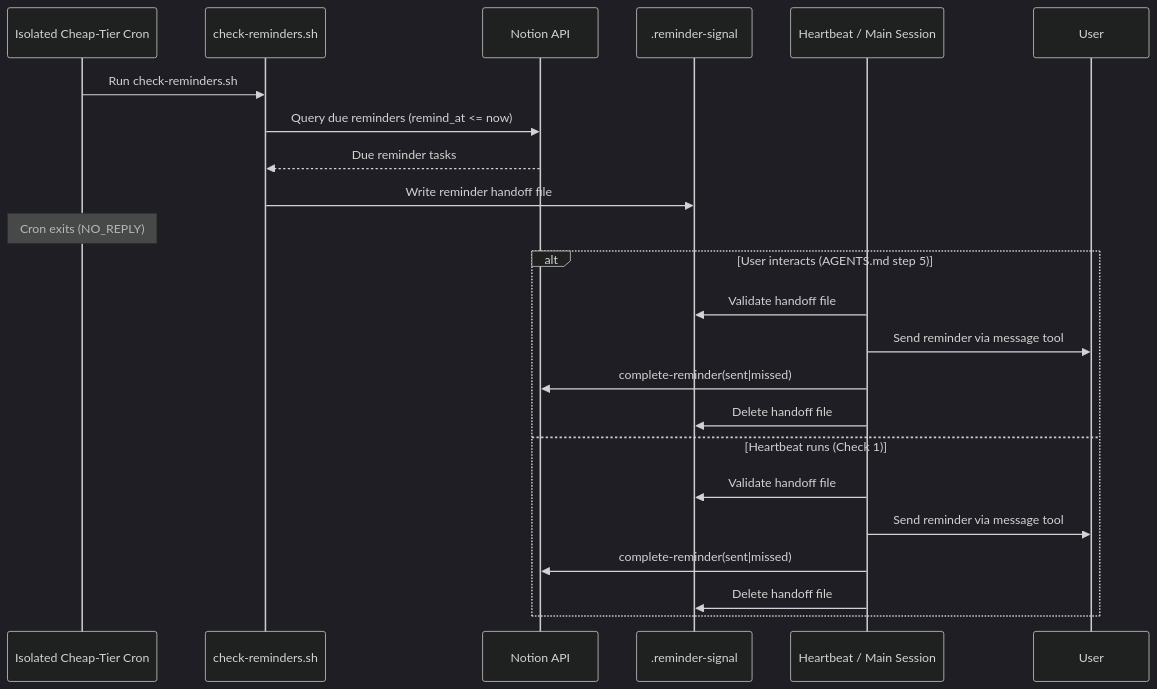
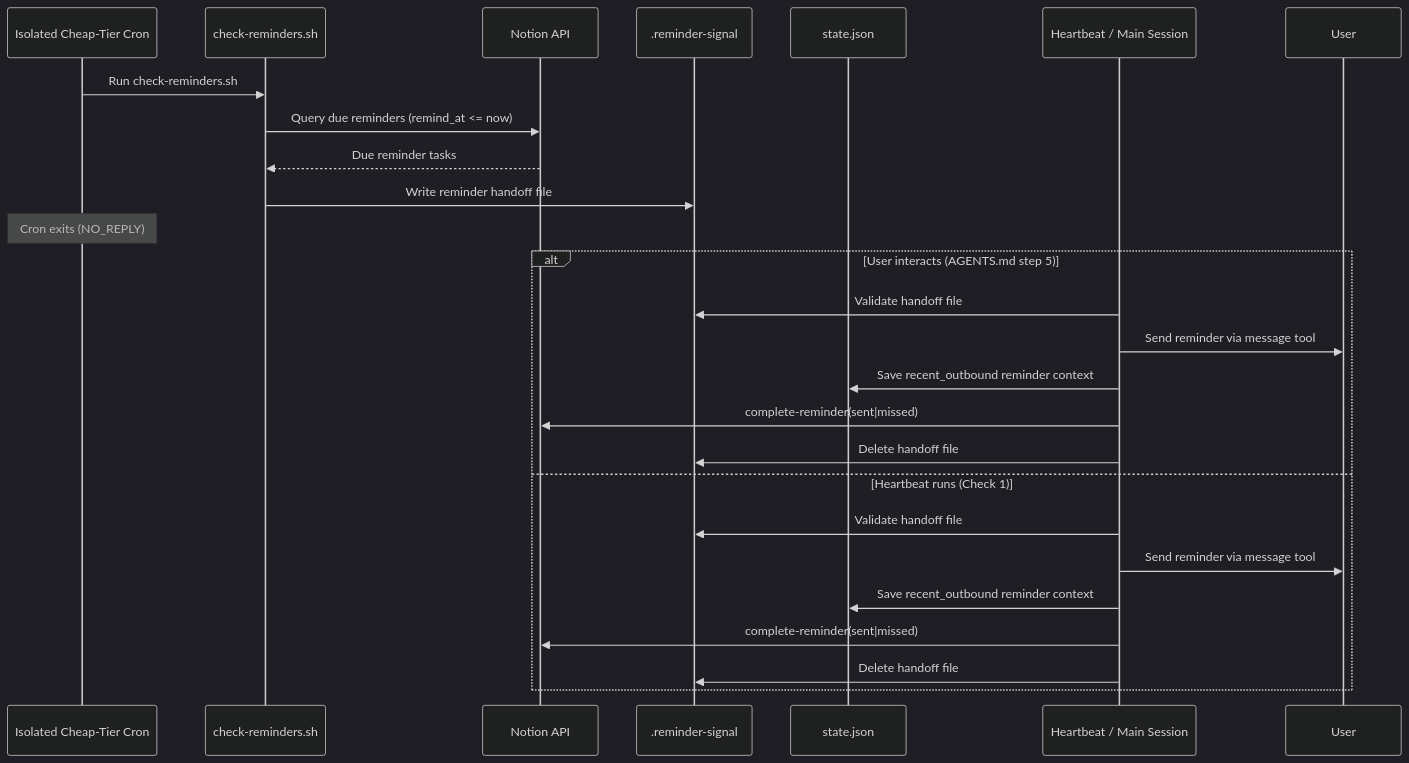
Diagram 22 of 28 in docs/user-interactions.md (NickBorgersProbably/hide-my-list), drawn with Mermaid (dark theme) before and after one commit. The commit also changed other lines of this file and 7 other files, not shown here.

Commit message:
Persist recent outbound reminder context across sessions

````diff
--- a/docs/user-interactions.md
+++ b/docs/user-interactions.md
@@ -745,26 +745,29 @@
 ```mermaid
 sequenceDiagram
     participant Cron as Isolated Cheap-Tier Cron
     participant Scr as check-reminders.sh
     participant Notion as Notion API
     participant Signal as .reminder-signal
+    participant State as state.json
     participant Delivery as Heartbeat / Main Session
     participant User
 
     Cron->>Scr: Run check-reminders.sh
     Scr->>Notion: Query due reminders (remind_at <= now)
     Notion-->>Scr: Due reminder tasks
     Scr->>Signal: Write reminder handoff file
     Note over Cron: Cron exits (NO_REPLY)
     alt User interacts (AGENTS.md step 5)
         Delivery->>Signal: Validate handoff file
         Delivery->>User: Send reminder via message tool
+        Delivery->>State: Save recent_outbound reminder context
         Delivery->>Notion: complete-reminder(sent|missed)
         Delivery->>Signal: Delete handoff file
     else Heartbeat runs (Check 1)
         Delivery->>Signal: Validate handoff file
         Delivery->>User: Send reminder via message tool
+        Delivery->>State: Save recent_outbound reminder context
         Delivery->>Notion: complete-reminder(sent|missed)
         Delivery->>Signal: Delete handoff file
     end
 ```
````
